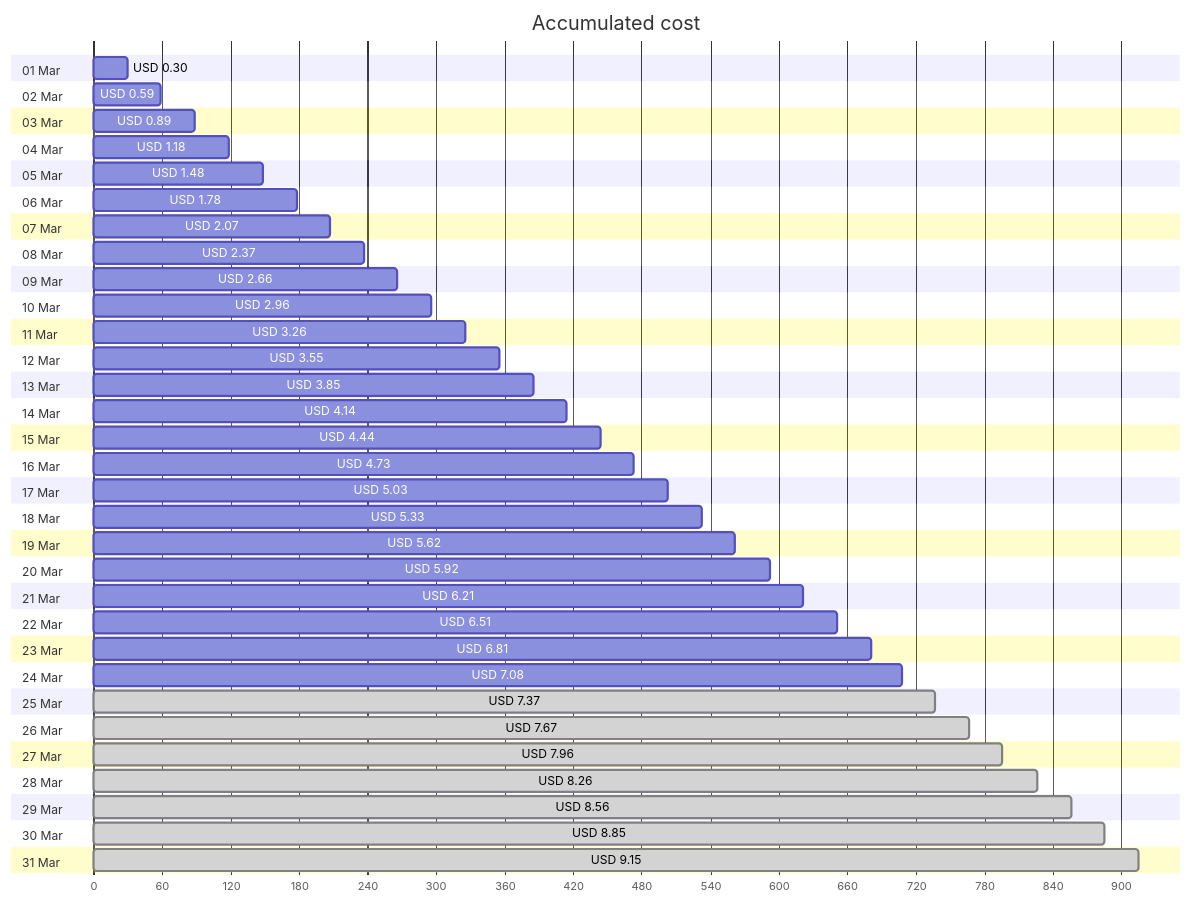
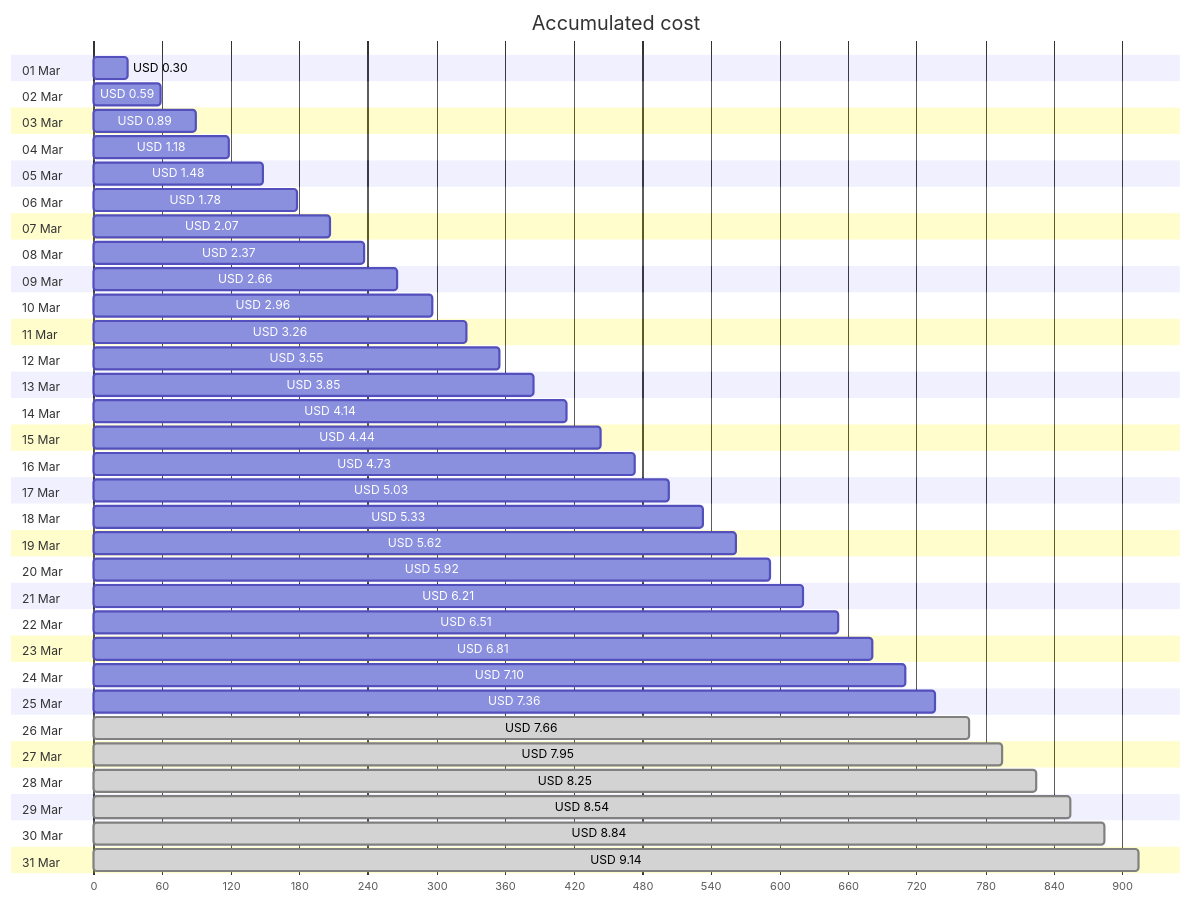
The first of 4 diagrams in cost-reports/personal-site/personal-site-preview.md (jpfulton/azure-personal-reports), drawn with Mermaid before and after one commit. The commit also changed other lines of this file and 6 other files, not shown here.

````diff
--- a/cost-reports/personal-site/personal-site-preview.md
+++ b/cost-reports/personal-site/personal-site-preview.md
@@ -20,68 +20,68 @@
 ```mermaid
 gantt
    title Accumulated cost
    dateFormat  X
    axisFormat %s
    section 01 Mar
    USD 0.30 :0, 30
    section 02 Mar
    USD 0.59 :0, 59
    section 03 Mar
    USD 0.89 :0, 89
    section 04 Mar
    USD 1.18 :0, 118
    section 05 Mar
    USD 1.48 :0, 148
    section 06 Mar
    USD 1.78 :0, 178
    section 07 Mar
    USD 2.07 :0, 207
    section 08 Mar
    USD 2.37 :0, 237
    section 09 Mar
    USD 2.66 :0, 266
    section 10 Mar
    USD 2.96 :0, 296
    section 11 Mar
    USD 3.26 :0, 326
    section 12 Mar
    USD 3.55 :0, 355
    section 13 Mar
    USD 3.85 :0, 385
    section 14 Mar
    USD 4.14 :0, 414
    section 15 Mar
    USD 4.44 :0, 444
    section 16 Mar
    USD 4.73 :0, 473
    section 17 Mar
    USD 5.03 :0, 503
    section 18 Mar
    USD 5.33 :0, 533
    section 19 Mar
    USD 5.62 :0, 562
    section 20 Mar
    USD 5.92 :0, 592
    section 21 Mar
    USD 6.21 :0, 621
    section 22 Mar
    USD 6.51 :0, 651
    section 23 Mar
    USD 6.81 :0, 681
    section 24 Mar
-   USD 7.08 :0, 708
+   USD 7.10 :0, 710
    section 25 Mar
-   USD 7.37 : done, 0, 737
+   USD 7.36 :0, 736
    section 26 Mar
-   USD 7.67 : done, 0, 767
+   USD 7.66 : done, 0, 766
    section 27 Mar
-   USD 7.96 : done, 0, 796
+   USD 7.95 : done, 0, 795
    section 28 Mar
-   USD 8.26 : done, 0, 826
+   USD 8.25 : done, 0, 825
    section 29 Mar
-   USD 8.56 : done, 0, 856
+   USD 8.54 : done, 0, 854
    section 30 Mar
-   USD 8.85 : done, 0, 885
+   USD 8.84 : done, 0, 884
    section 31 Mar
-   USD 9.15 : done, 0, 915
+   USD 9.14 : done, 0, 914
 ```
````
